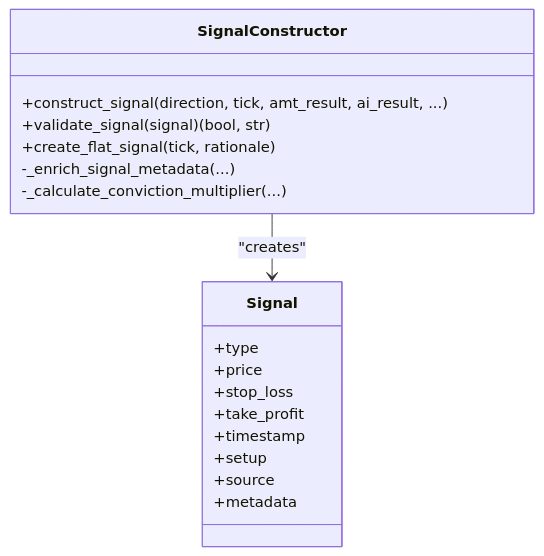
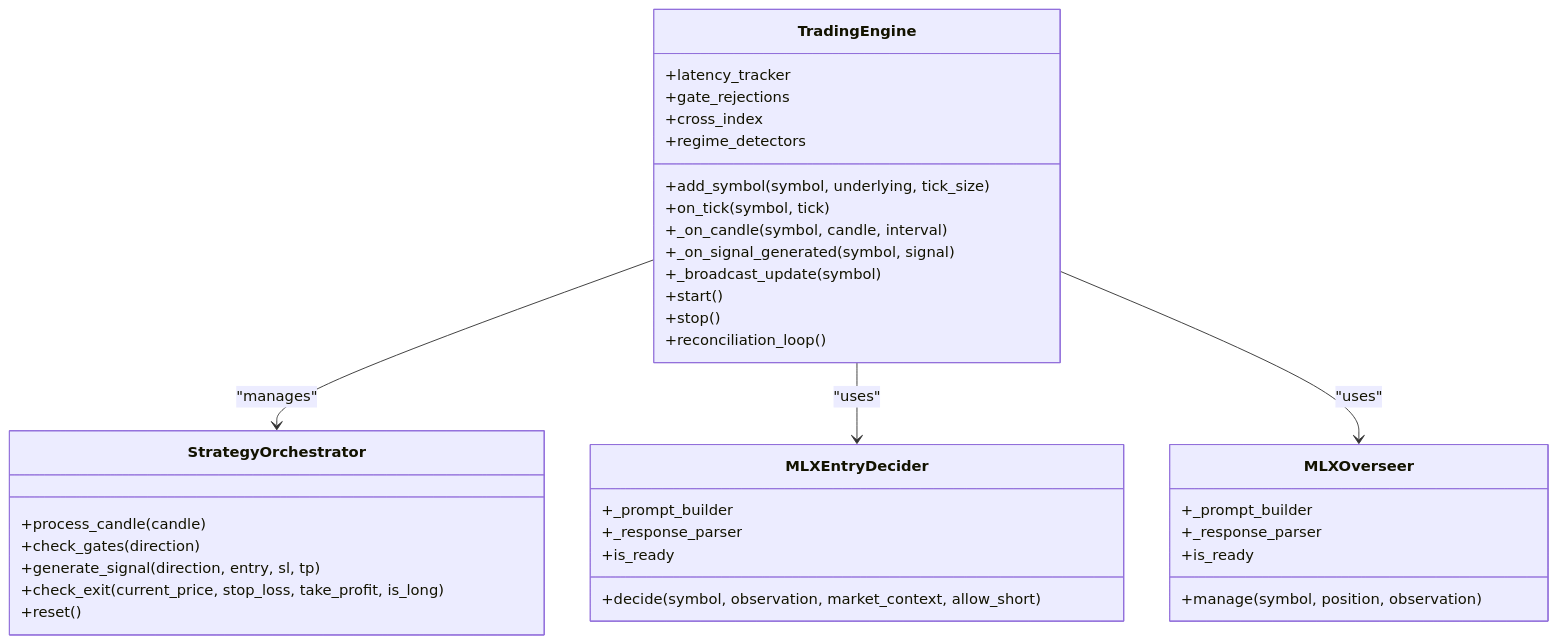
The third of 10 diagrams in .qoder/repowiki/en/content/Advanced Topics/Advanced Topics.md (gemrajkhatry-maker/v5-of-glassytrade-ai), drawn with Mermaid before and after one commit. The commit also changed other lines of this file and 930 other files, not shown here.

````diff
--- a/.qoder/repowiki/en/content/Advanced Topics/Advanced Topics.md
+++ b/.qoder/repowiki/en/content/Advanced Topics/Advanced Topics.md
@@ -153,21 +199,39 @@
 ```mermaid
 classDiagram
-class SignalConstructor {
-+construct_signal(direction, tick, amt_result, ai_result, ...)
-+validate_signal(signal) (bool, str)
-+create_flat_signal(tick, rationale)
--_enrich_signal_metadata(...)
--_calculate_conviction_multiplier(...)
+class TradingEngine {
++add_symbol(symbol, underlying, tick_size)
++on_tick(symbol, tick)
++_on_candle(symbol, candle, interval)
++_on_signal_generated(symbol, signal)
++_broadcast_update(symbol)
++start()
++stop()
++reconciliation_loop()
++latency_tracker
++gate_rejections
++cross_index
++regime_detectors
 }
-class Signal {
-+type
-+price
-+stop_loss
-+take_profit
-+timestamp
-+setup
-+source
-+metadata
+class StrategyOrchestrator {
++process_candle(candle)
++check_gates(direction)
++generate_signal(direction, entry, sl, tp)
++check_exit(current_price, stop_loss, take_profit, is_long)
++reset()
 }
-SignalConstructor --> Signal : "creates"
+class MLXEntryDecider {
++decide(symbol, observation, market_context, allow_short)
++_prompt_builder
++_response_parser
++is_ready
+}
+class MLXOverseer {
++manage(symbol, position, observation)
++_prompt_builder
++_response_parser
++is_ready
+}
+TradingEngine --> StrategyOrchestrator : "manages"
+TradingEngine --> MLXEntryDecider : "uses"
+TradingEngine --> MLXOverseer : "uses"
 ```
````
